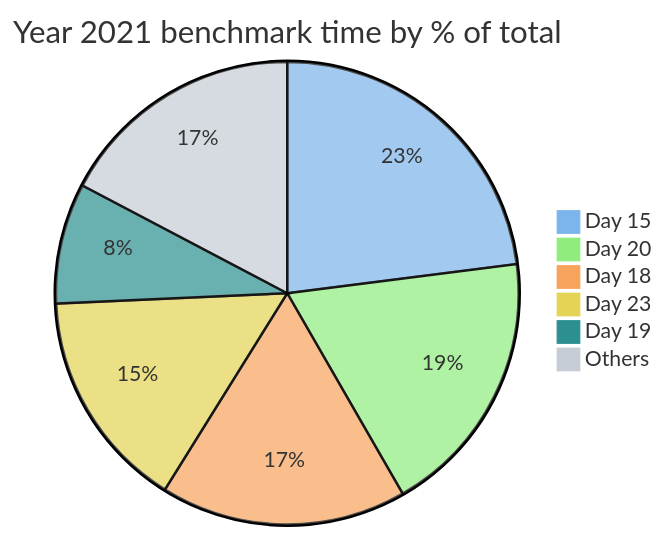
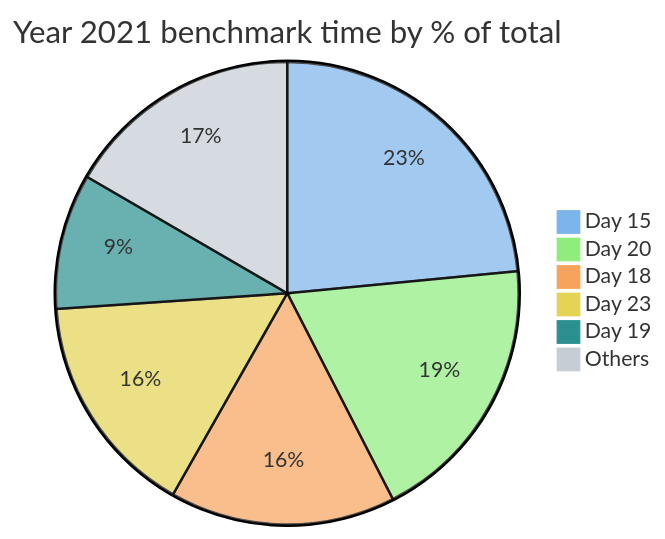
Before and after one commit to maneatingape/advent-of-code-rust: the third of 4 diagrams in README.md, drawn with Mermaid. The commit also changed other lines of this file, not shown here.

````diff
--- a/README.md
+++ b/README.md
@@ -103,11 +103,11 @@
 ```mermaid
 %%{init: {'theme': 'base', 'themeVariables': { 'pie1': '#7cb5ec', 'pie2': '#90ed7d', 'pie3': '#f7a35c', 'pie4': '#e4d354', 'pie5': '#2b908f', 'pie6': '#c6cdd5'}}}%%
 pie
     title Year 2021 benchmark time by % of total
-    "Day 15" : 2547
-    "Day 20" : 2072
-    "Day 18" : 1904
-    "Day 23" : 1709
-    "Day 19" : 933
-    "Others" : 1916
+    "Day 15" : 2567
+    "Day 20" : 2075
+    "Day 18" : 1723
+    "Day 23" : 1717
+    "Day 19" : 1034
+    "Others" : 1817
 ```
````
